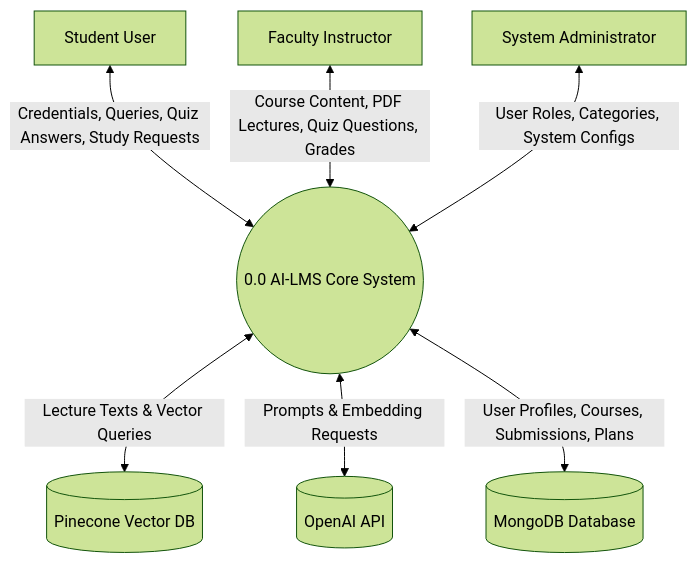
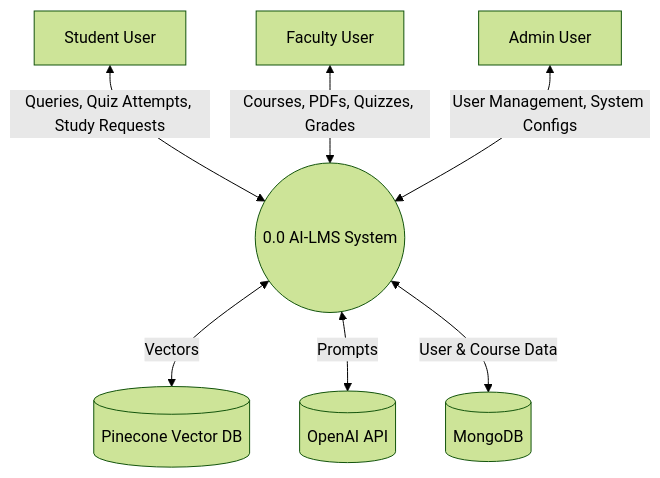
Before and after one commit to adilpalachira/AI_LMS: diagram 11 of 18 in docs/PRESENTATION_REPORT_FIRST_EVALUATION.md, drawn with Mermaid (forest theme). The commit also changed other lines of this file and 4 other files, not shown here.

````diff
--- a/docs/PRESENTATION_REPORT_FIRST_EVALUATION.md
+++ b/docs/PRESENTATION_REPORT_FIRST_EVALUATION.md
@@ -407,10 +381,10 @@
 ```mermaid
 graph TD
-    Student[Student User] <-->|Credentials, Queries, Quiz Answers, Study Requests| AILMS((0.0 AI-LMS Core System))
-    Faculty[Faculty Instructor] <-->|Course Content, PDF Lectures, Quiz Questions, Grades| AILMS
-    Admin[System Administrator] <-->|User Roles, Categories, System Configs| AILMS
+    Student[Student User] <-->|Queries, Quiz Attempts, Study Requests| System((0.0 AI-LMS System))
+    Faculty[Faculty User] <-->|Courses, PDFs, Quizzes, Grades| System
+    Admin[Admin User] <-->|User Management, System Configs| System
 
-    AILMS <-->|Lecture Texts & Vector Queries| Pinecone[(Pinecone Vector DB)]
-    AILMS <-->|Prompts & Embedding Requests| OpenAI[(OpenAI API)]
-    AILMS <-->|User Profiles, Courses, Submissions, Plans| DB[(MongoDB Database)]
+    System <-->|Vectors| Pinecone[(Pinecone Vector DB)]
+    System <-->|Prompts| OpenAI[(OpenAI API)]
+    System <-->|User & Course Data| DB[(MongoDB)]
 ```
````
